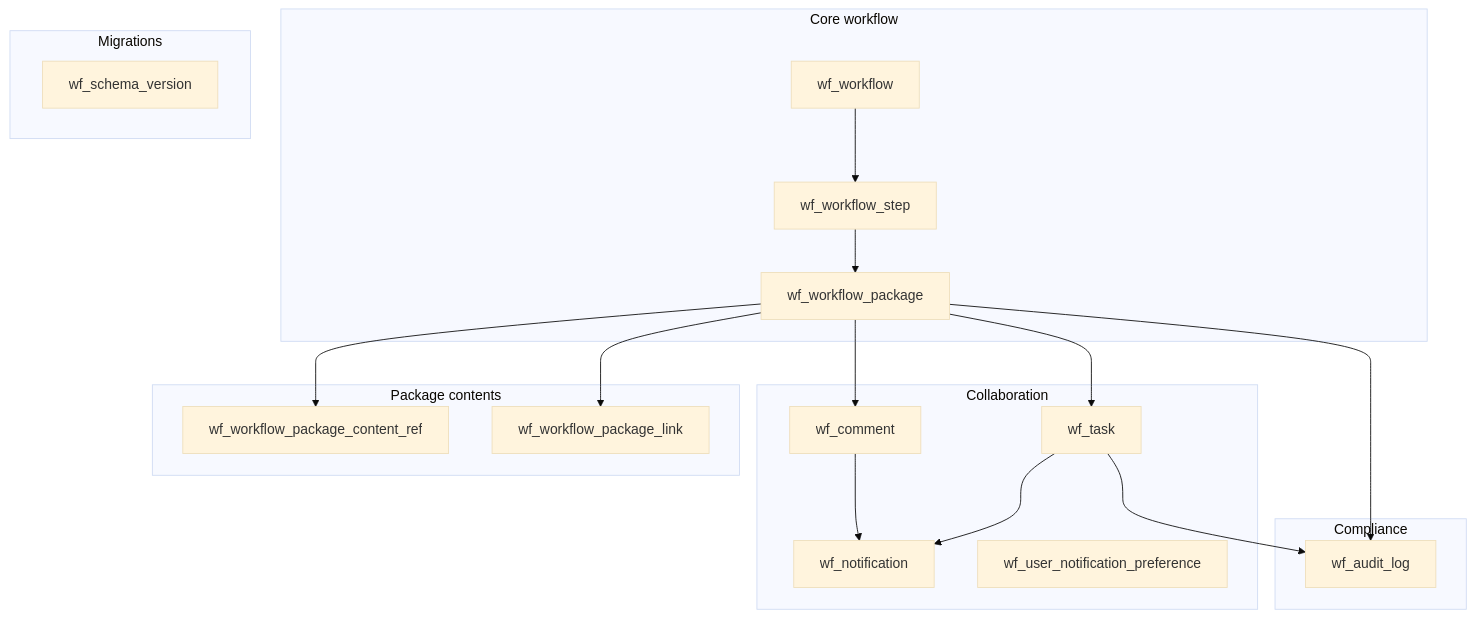
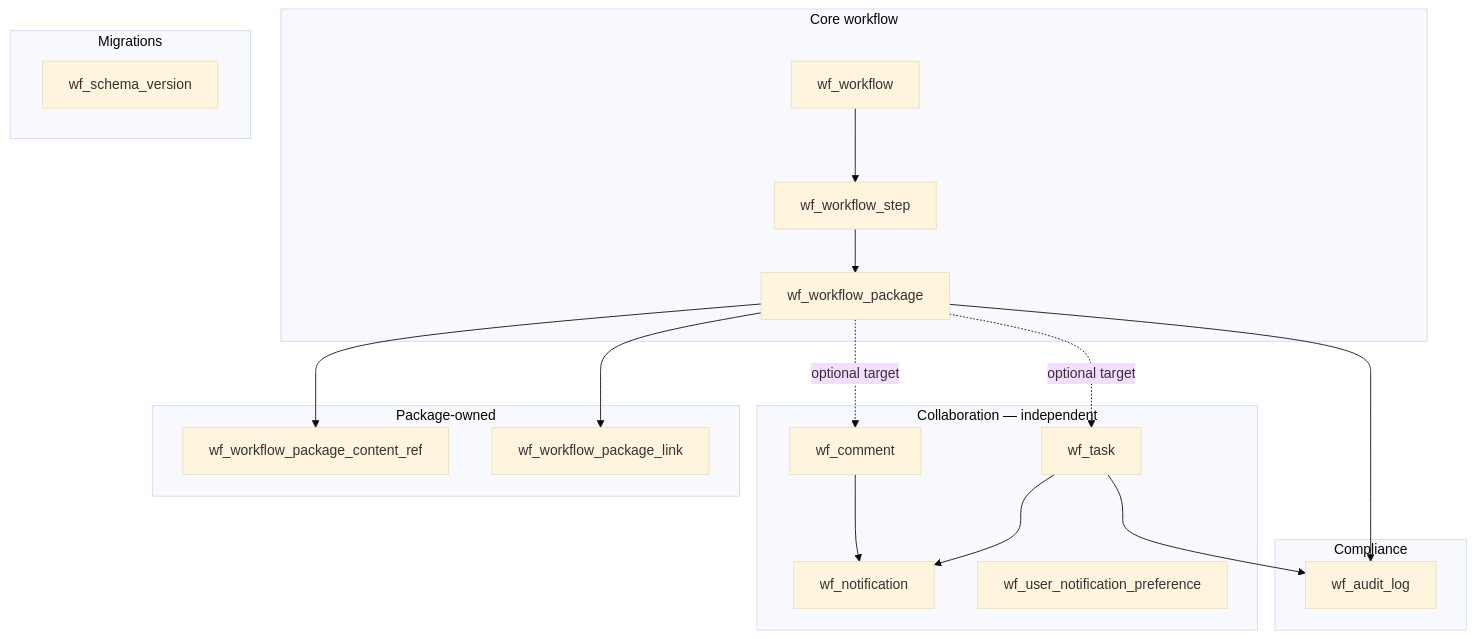
The second of 3 diagrams in docs/DATABASE_SCHEMA.md (russdanner/plugin-studio-workflow), drawn with Mermaid (base theme) before and after one commit. The commit also changed other lines of this file and 7 other files, not shown here.

````diff
--- a/docs/DATABASE_SCHEMA.md
+++ b/docs/DATABASE_SCHEMA.md
@@ -192,37 +196,38 @@
 ```mermaid
 flowchart TB
     subgraph Core["Core workflow"]
         W[wf_workflow]
         S[wf_workflow_step]
         P[wf_workflow_package]
         W --> S --> P
     end
 
-    subgraph PackageContents["Package contents"]
+    subgraph PackageContents["Package-owned"]
         CR[wf_workflow_package_content_ref]
         LK[wf_workflow_package_link]
         P --> CR
         P --> LK
     end
 
-    subgraph Collaboration["Collaboration"]
+    subgraph Collaboration["Collaboration — independent"]
         CM[wf_comment]
         TK[wf_task]
         N[wf_notification]
         NP[wf_user_notification_preference]
-        P --> CM
-        P --> TK
-        TK --> N
-        CM --> N
     end
 
     subgraph Compliance["Compliance"]
         AL[wf_audit_log]
-        P --> AL
-        TK --> AL
     end
 
     subgraph Migrations["Migrations"]
         V[wf_schema_version]
     end
+
+    P -.->|optional target| CM
+    P -.->|optional target| TK
+    TK --> N
+    CM --> N
+    P --> AL
+    TK --> AL
 ```
````
